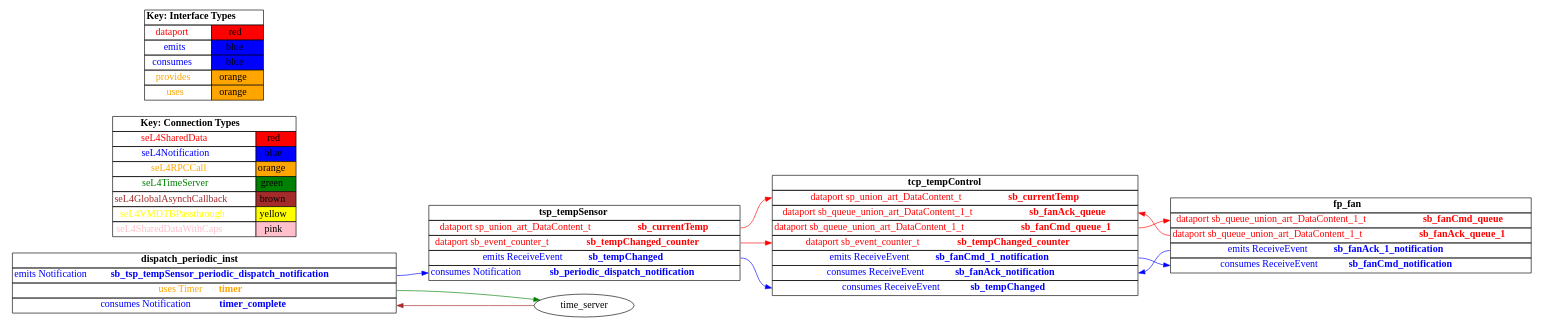
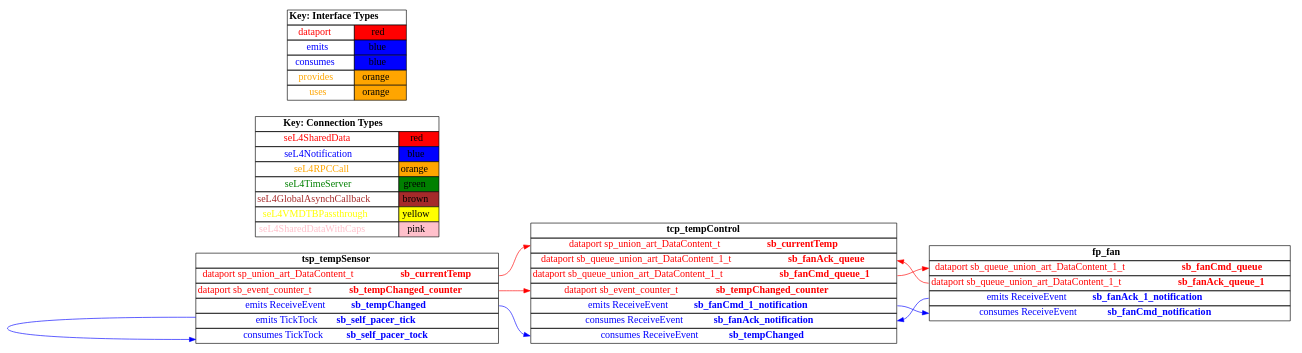
Before and after one commit to santoslab/iccps20-case-studies: the diagram in temperature-control-ds/hamr/src/c/CAmkES_seL4/graph.dot, drawn with Graphviz. The commit also changed 15 other files, not shown here.

```diff
--- a/temperature-control-ds/hamr/src/c/CAmkES_seL4/graph.dot
+++ b/temperature-control-ds/hamr/src/c/CAmkES_seL4/graph.dot
@@ -1,167 +1,142 @@
 digraph g {
 graph [
   overlap = false,
   rankdir = "LR"
 ];
 node [
   fontsize = "16",
   shape = "ellipse"
 ];
 edge [
 ];
 
 tsp_tempSensor [
   label=<
     <TABLE BORDER="0" CELLBORDER="1" CELLSPACING="0">
       <TR><TD><B>tsp_tempSensor</B></TD></TR>
       <TR><TD PORT="sb_currentTemp"><FONT COLOR="red">dataport sp_union_art_DataContent_t <B>sb_currentTemp</B></FONT></TD></TR>
       <TR><TD PORT="sb_tempChanged_counter"><FONT COLOR="red">dataport sb_event_counter_t <B>sb_tempChanged_counter</B></FONT></TD></TR>
       <TR><TD PORT="sb_tempChanged"><FONT COLOR="blue">emits ReceiveEvent <B>sb_tempChanged</B></FONT></TD></TR>
-      <TR><TD PORT="sb_periodic_dispatch_notification"><FONT COLOR="blue">consumes Notification <B>sb_periodic_dispatch_notification</B></FONT></TD></TR>"
+      <TR><TD PORT="sb_self_pacer_tick"><FONT COLOR="blue">emits TickTock <B>sb_self_pacer_tick</B></FONT></TD></TR>
+      <TR><TD PORT="sb_self_pacer_tock"><FONT COLOR="blue">consumes TickTock <B>sb_self_pacer_tock</B></FONT></TD></TR>"
     </TABLE>
   >
   shape=plaintext
 ];
 
 tcp_tempControl [
   label=<
     <TABLE BORDER="0" CELLBORDER="1" CELLSPACING="0">
       <TR><TD><B>tcp_tempControl</B></TD></TR>
       <TR><TD PORT="sb_currentTemp"><FONT COLOR="red">dataport sp_union_art_DataContent_t <B>sb_currentTemp</B></FONT></TD></TR>
       <TR><TD PORT="sb_fanAck_queue"><FONT COLOR="red">dataport sb_queue_union_art_DataContent_1_t <B>sb_fanAck_queue</B></FONT></TD></TR>
       <TR><TD PORT="sb_fanCmd_queue_1"><FONT COLOR="red">dataport sb_queue_union_art_DataContent_1_t <B>sb_fanCmd_queue_1</B></FONT></TD></TR>
       <TR><TD PORT="sb_tempChanged_counter"><FONT COLOR="red">dataport sb_event_counter_t <B>sb_tempChanged_counter</B></FONT></TD></TR>
       <TR><TD PORT="sb_fanCmd_1_notification"><FONT COLOR="blue">emits ReceiveEvent <B>sb_fanCmd_1_notification</B></FONT></TD></TR>
       <TR><TD PORT="sb_fanAck_notification"><FONT COLOR="blue">consumes ReceiveEvent <B>sb_fanAck_notification</B></FONT></TD></TR>
       <TR><TD PORT="sb_tempChanged"><FONT COLOR="blue">consumes ReceiveEvent <B>sb_tempChanged</B></FONT></TD></TR>"
     </TABLE>
   >
   shape=plaintext
 ];
 
 fp_fan [
   label=<
     <TABLE BORDER="0" CELLBORDER="1" CELLSPACING="0">
       <TR><TD><B>fp_fan</B></TD></TR>
       <TR><TD PORT="sb_fanCmd_queue"><FONT COLOR="red">dataport sb_queue_union_art_DataContent_1_t <B>sb_fanCmd_queue</B></FONT></TD></TR>
       <TR><TD PORT="sb_fanAck_queue_1"><FONT COLOR="red">dataport sb_queue_union_art_DataContent_1_t <B>sb_fanAck_queue_1</B></FONT></TD></TR>
       <TR><TD PORT="sb_fanAck_1_notification"><FONT COLOR="blue">emits ReceiveEvent <B>sb_fanAck_1_notification</B></FONT></TD></TR>
       <TR><TD PORT="sb_fanCmd_notification"><FONT COLOR="blue">consumes ReceiveEvent <B>sb_fanCmd_notification</B></FONT></TD></TR>"
-    </TABLE>
-  >
-  shape=plaintext
-];
-
-dispatch_periodic_inst [
-  label=<
-    <TABLE BORDER="0" CELLBORDER="1" CELLSPACING="0">
-      <TR><TD><B>dispatch_periodic_inst</B></TD></TR>
-      <TR><TD PORT="sb_tsp_tempSensor_periodic_dispatch_notification"><FONT COLOR="blue">emits Notification <B>sb_tsp_tempSensor_periodic_dispatch_notification</B></FONT></TD></TR>
-      <TR><TD PORT="timer"><FONT COLOR="orange">uses Timer <B>timer</B></FONT></TD></TR>
-      <TR><TD PORT="timer_complete"><FONT COLOR="blue">consumes Notification <B>timer_complete</B></FONT></TD></TR>"
     </TABLE>
   >
   shape=plaintext
 ];
 
 connectiontypekey [
   label=<
    <TABLE BORDER="0" CELLBORDER="1" CELLSPACING="0">
      <TR><TD COLSPAN="2"><B>Key: Connection Types</B></TD></TR>
      <TR><TD><FONT COLOR="red">seL4SharedData</FONT></TD><TD BGCOLOR="red">red</TD></TR>
      <TR><TD><FONT COLOR="blue">seL4Notification</FONT></TD><TD BGCOLOR="blue">blue</TD></TR>
      <TR><TD><FONT COLOR="orange">seL4RPCCall</FONT></TD><TD BGCOLOR="orange">orange</TD></TR>
      <TR><TD><FONT COLOR="green">seL4TimeServer</FONT></TD><TD BGCOLOR="green">green</TD></TR>
      <TR><TD><FONT COLOR="brown">seL4GlobalAsynchCallback</FONT></TD><TD BGCOLOR="brown">brown</TD></TR>
      <TR><TD><FONT COLOR="yellow">seL4VMDTBPassthrough</FONT></TD><TD BGCOLOR="yellow">yellow</TD></TR>
      <TR><TD><FONT COLOR="pink">seL4SharedDataWithCaps</FONT></TD><TD BGCOLOR="pink">pink</TD></TR>
    </TABLE>
   >
   shape=plaintext
 ];
 
 interfacetypekey [
   label=<
    <TABLE BORDER="0" CELLBORDER="1" CELLSPACING="0">
      <TR><TD COLSPAN="2"><B>Key: Interface Types</B></TD></TR>
      <TR><TD><FONT COLOR="red">dataport</FONT></TD><TD BGCOLOR="red">red</TD></TR>
      <TR><TD><FONT COLOR="blue">emits</FONT></TD><TD BGCOLOR="blue">blue</TD></TR>
      <TR><TD><FONT COLOR="blue">consumes</FONT></TD><TD BGCOLOR="blue">blue</TD></TR>
      <TR><TD><FONT COLOR="orange">provides</FONT></TD><TD BGCOLOR="orange">orange</TD></TR>
      <TR><TD><FONT COLOR="orange">uses</FONT></TD><TD BGCOLOR="orange">orange</TD></TR>
    </TABLE>
   >
   shape=plaintext
 ];
 
 "tsp_tempSensor":sb_currentTemp -> "tcp_tempControl":sb_currentTemp [
   color="red"
   //label = "seL4SharedData"
   id = conn1
 
 ];
 
 "tsp_tempSensor":sb_tempChanged -> "tcp_tempControl":sb_tempChanged [
   color="blue"
   //label = "seL4Notification"
   id = conn2
 
 ];
 
 "tsp_tempSensor":sb_tempChanged_counter -> "tcp_tempControl":sb_tempChanged_counter [
   color="red"
   //label = "seL4SharedData"
   id = conn3
 
 ];
 
 "tcp_tempControl":sb_fanCmd_1_notification -> "fp_fan":sb_fanCmd_notification [
   color="blue"
   //label = "seL4Notification"
   id = conn4
 
 ];
 
 "tcp_tempControl":sb_fanCmd_queue_1 -> "fp_fan":sb_fanCmd_queue [
   color="red"
   //label = "seL4SharedData"
   id = conn5
 
 ];
 
 "fp_fan":sb_fanAck_1_notification -> "tcp_tempControl":sb_fanAck_notification [
   color="blue"
   //label = "seL4Notification"
   id = conn6
 
 ];
 
 "fp_fan":sb_fanAck_queue_1 -> "tcp_tempControl":sb_fanAck_queue [
   color="red"
   //label = "seL4SharedData"
   id = conn7
 
 ];
 
-"dispatch_periodic_inst":sb_tsp_tempSensor_periodic_dispatch_notification -> "tsp_tempSensor":sb_periodic_dispatch_notification [
+"tsp_tempSensor":sb_self_pacer_tick -> "tsp_tempSensor":sb_self_pacer_tock [
   color="blue"
   //label = "seL4Notification"
   id = conn8
 
 ];
 
-"dispatch_periodic_inst":timer -> "time_server":the_timer [
-  color="green"
-  //label = "seL4TimeServer"
-  id = conn9
-
-];
-
-"time_server":timer_notification -> "dispatch_periodic_inst":timer_complete [
-  color="brown"
-  //label = "seL4GlobalAsynchCallback"
-  id = conn10
-
-];
-
 }
```
